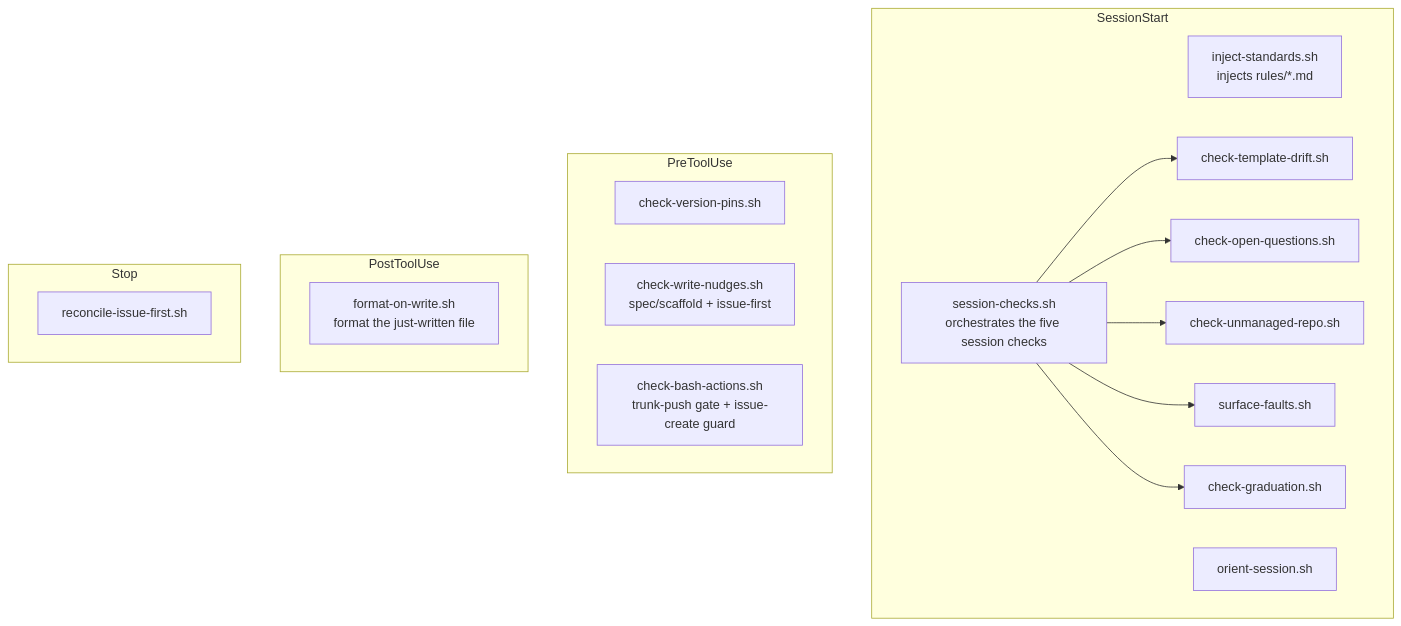
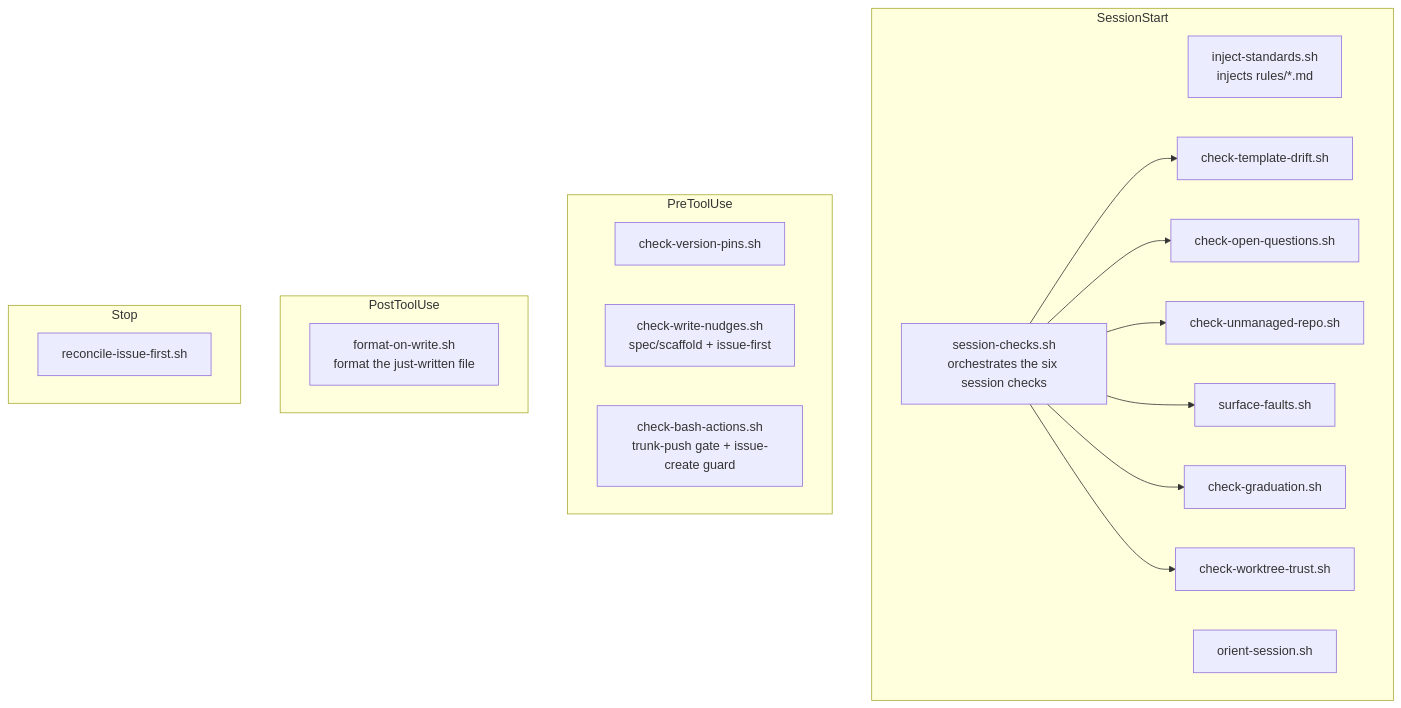
The diagram in docs/reference/hooks.md (element22llc/e22-plugins), drawn with Mermaid before and after one commit. The commit also changed other lines of this file and 8 other files, not shown here.

````diff
--- a/docs/reference/hooks.md
+++ b/docs/reference/hooks.md
@@ -27,24 +27,25 @@
 ```mermaid
 flowchart TD
     subgraph SessionStart
       inject[inject-standards.sh<br/>injects rules/*.md]
-      checks[session-checks.sh<br/>orchestrates the five session checks]
+      checks[session-checks.sh<br/>orchestrates the six session checks]
       orient[orient-session.sh]
       checks --> drift[check-template-drift.sh]
       checks --> oq[check-open-questions.sh]
       checks --> unmanaged[check-unmanaged-repo.sh]
       checks --> faults[surface-faults.sh]
       checks --> grad[check-graduation.sh]
+      checks --> wt[check-worktree-trust.sh]
     end
     subgraph PreToolUse
       pins[check-version-pins.sh]
       wn[check-write-nudges.sh<br/>spec/scaffold + issue-first]
       ba[check-bash-actions.sh<br/>trunk-push gate + issue-create guard]
     end
     subgraph PostToolUse
       fmt[format-on-write.sh<br/>format the just-written file]
     end
     subgraph Stop
       reconcile[reconcile-issue-first.sh]
     end
 ```
````
